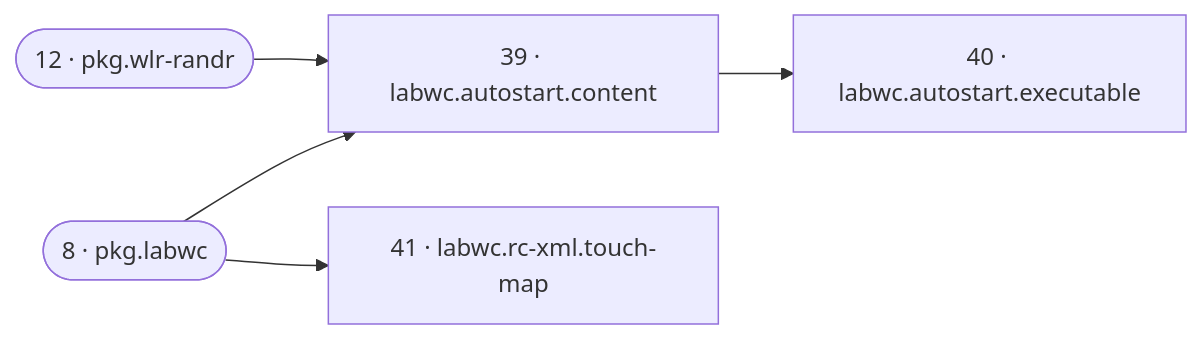
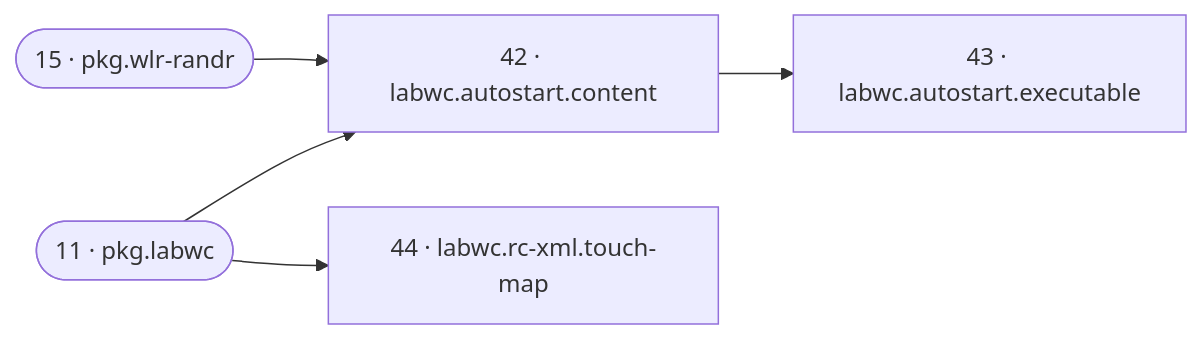
One commit to SixFive7/FrameLink changed diagram 12 of 21 in reference/reconcile-dag.md. Above: the diagram before and after it, drawn with Mermaid. The commit also changed other lines of this file and 12 other files, not shown here.

````diff
--- a/reference/reconcile-dag.md
+++ b/reference/reconcile-dag.md
@@ -385,12 +394,12 @@
 ```mermaid
 flowchart LR
-  r39["39 · labwc.autostart.content"]
-  r40["40 · labwc.autostart.executable"]
-  r41["41 · labwc.rc-xml.touch-map"]
-  r8(["8 · pkg.labwc"])
-  r12(["12 · pkg.wlr-randr"])
-  r8 --> r39
-  r12 --> r39
-  r39 --> r40
-  r8 --> r41
+  r42["42 · labwc.autostart.content"]
+  r43["43 · labwc.autostart.executable"]
+  r44["44 · labwc.rc-xml.touch-map"]
+  r11(["11 · pkg.labwc"])
+  r15(["15 · pkg.wlr-randr"])
+  r11 --> r42
+  r15 --> r42
+  r42 --> r43
+  r11 --> r44
 ```
````
